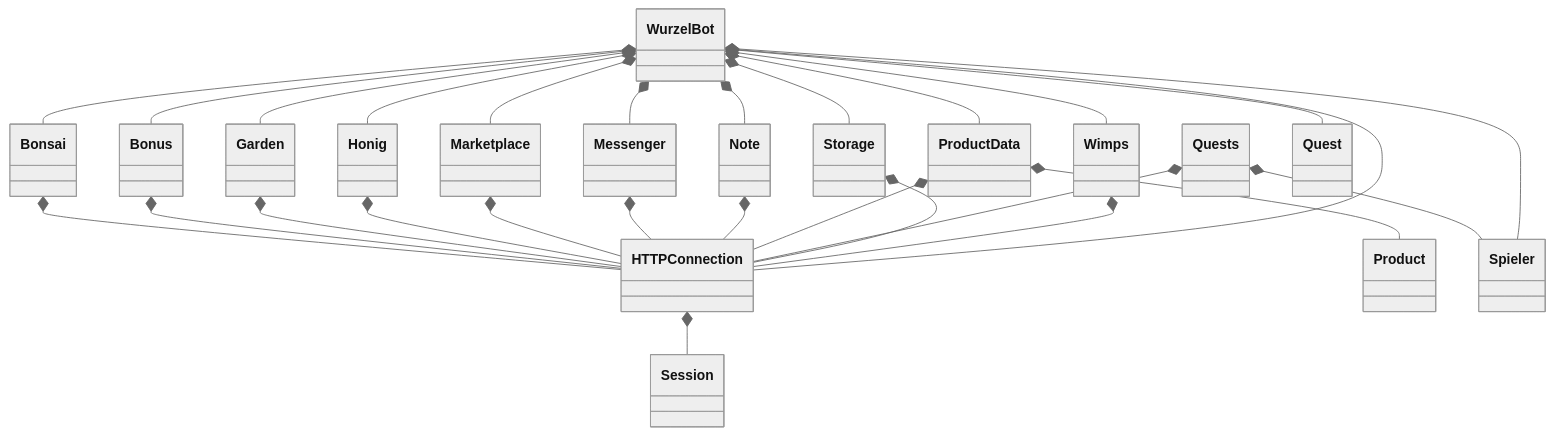
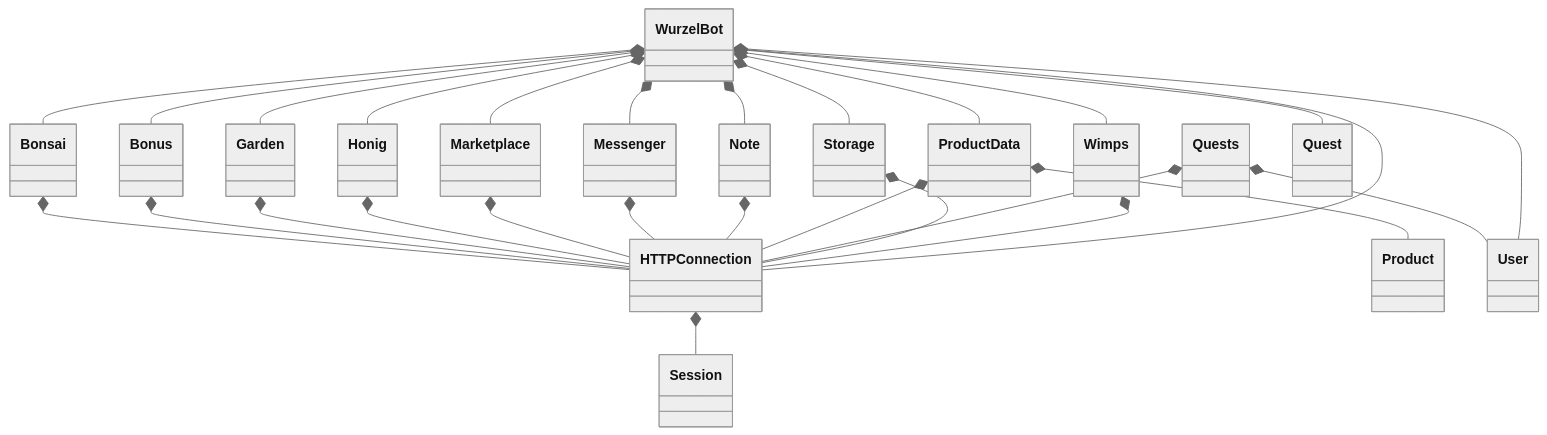
Before and after one commit to MasterZydra/WurzelimperiumBot: the diagram in doc/Classes.md, drawn with Mermaid (neutral theme). The commit also changed 10 other files, not shown here.

````diff
--- a/doc/Classes.md
+++ b/doc/Classes.md
@@ -1,48 +1,48 @@
 ```mermaid
   classDiagram
     class Bonsai
     class Bonus
     class Garden
     class Honig
     class HTTPConnection
     class Storage
     class Marketplace
     class Messenger
     class Note
     class Product
     class ProductData
     class Quests
     class Session
-    class Spieler
+    class User
     class Wimps
     class WurzelBot
     
     HTTPConnection *-- Session
     Bonsai *-- HTTPConnection
     Bonus *-- HTTPConnection
     Garden *-- HTTPConnection
     Honig *-- HTTPConnection
     Marketplace *-- HTTPConnection
     Messenger *-- HTTPConnection
     Note *-- HTTPConnection
     ProductData *-- HTTPConnection
     ProductData *-- Product
     Quests *-- HTTPConnection
-    Quests *-- Spieler
+    Quests *-- User
     Storage *-- HTTPConnection
     Wimps *-- HTTPConnection
     
     WurzelBot *-- Bonsai
     WurzelBot *-- Bonus
     WurzelBot *-- Garden
     WurzelBot *-- Honig
     WurzelBot *-- HTTPConnection
     WurzelBot *-- Marketplace
     WurzelBot *-- Messenger
     WurzelBot *-- Note
     WurzelBot *-- ProductData
     WurzelBot *-- Quest
-    WurzelBot *-- Spieler
+    WurzelBot *-- User
     WurzelBot *-- Storage
     WurzelBot *-- Wimps
 ```
````
